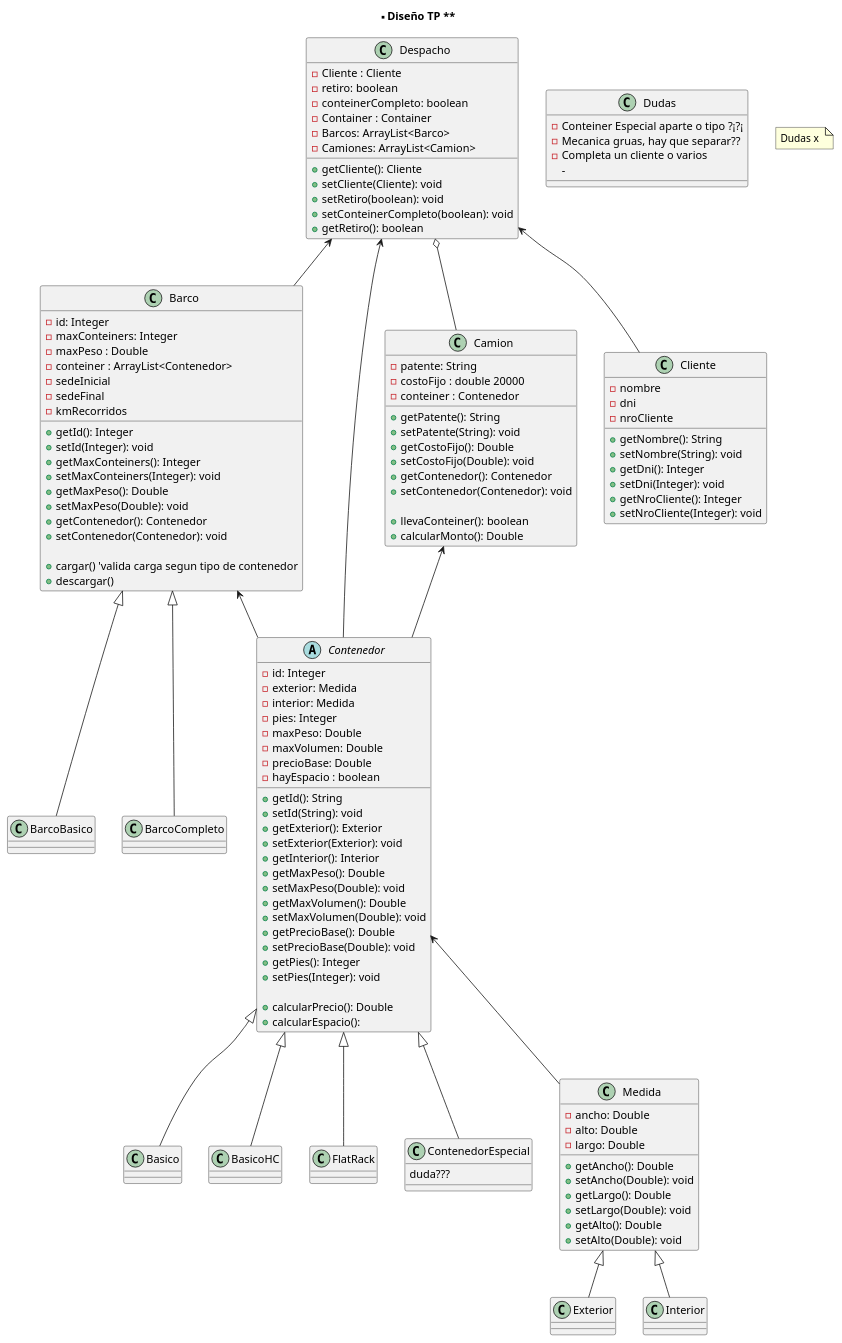
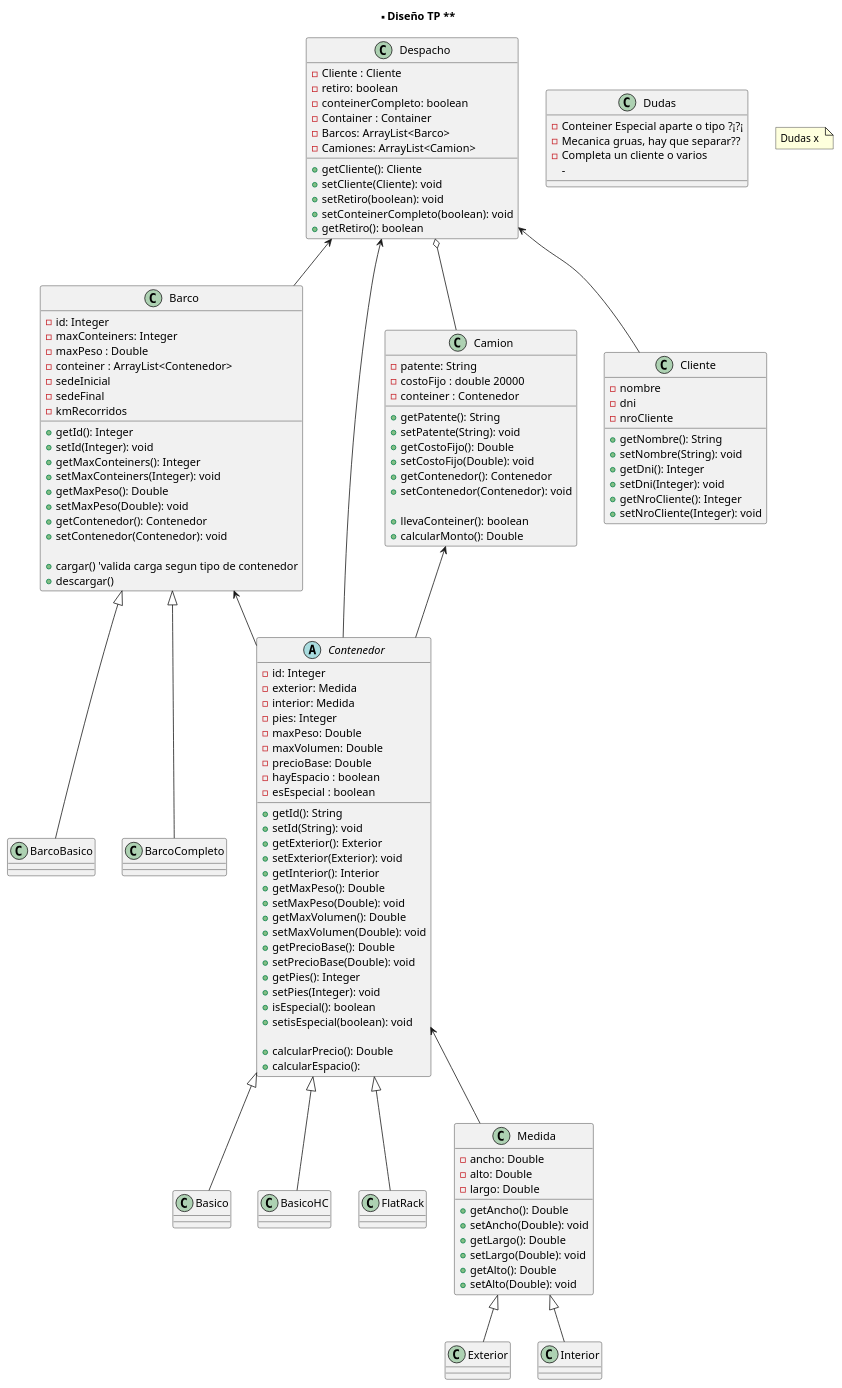
The diagram in Diagrama/TP-Containers.puml (LMontes94/TP-Containers), drawn with PlantUML before and after one commit.

Commit message:
Creacion Clases y Funciones

```diff
--- a/Diagrama/TP-Containers.puml
+++ b/Diagrama/TP-Containers.puml
@@ -1,167 +1,168 @@
 @startuml
 
 title ** Diseño TP **
 
 class Barco{
    - id: Integer
    - maxConteiners: Integer
    - maxPeso : Double 
    - conteiner : ArrayList<Contenedor>
    - sedeInicial
    - sedeFinal 
    - kmRecorridos 
 
    + getId(): Integer 
    + setId(Integer): void
    + getMaxConteiners(): Integer 
    + setMaxConteiners(Integer): void
    + getMaxPeso(): Double
    + setMaxPeso(Double): void
    + getContenedor(): Contenedor
    + setContenedor(Contenedor): void
    
    + cargar() 'valida carga segun tipo de contenedor
    + descargar()
 }
 
-Barco <|-- BarcoBasico
-Barco <|-- BarcoCompleto
-Barco <-- Contenedor
 
 class BarcoBasico{
 
 }
 
 class BarcoCompleto{
 
 }
+
+Barco <|-- BarcoBasico
+Barco <|-- BarcoCompleto
+Barco <-- Contenedor
 
 class Camion{
    - patente: String 
    - costoFijo : double 20000 
    - conteiner : Contenedor 
 
    + getPatente(): String
    + setPatente(String): void
    + getCostoFijo(): Double 
    + setCostoFijo(Double): void
    + getContenedor(): Contenedor
    + setContenedor(Contenedor): void
 
    + llevaConteiner(): boolean
    + calcularMonto(): Double
 }
 
 Camion <-- Contenedor
 
 abstract Class Contenedor{
    - id: Integer 
    - exterior: Medida 
    - interior: Medida  
    - pies: Integer 
    - maxPeso: Double 
    - maxVolumen: Double 
    - precioBase: Double
    - hayEspacio : boolean 
+   - esEspecial : boolean
 
    + getId(): String 
    + setId(String): void
    + getExterior(): Exterior
    + setExterior(Exterior): void
    + getInterior(): Interior
    + getMaxPeso(): Double
    + setMaxPeso(Double): void
    + getMaxVolumen(): Double
    + setMaxVolumen(Double): void 
    + getPrecioBase(): Double
    + setPrecioBase(Double): void
    + getPies(): Integer 
    + setPies(Integer): void 
+   + isEspecial(): boolean
+   + setisEspecial(boolean): void 
    
    + calcularPrecio(): Double 
    + calcularEspacio(): 
 }
 
 
 Contenedor <|-- Basico
 Contenedor <|-- BasicoHC
 Contenedor <|-- FlatRack
-Contenedor <|-- ContenedorEspecial
+
 Contenedor <-- Medida
 Medida <|-- Exterior 
 Medida <|-- Interior
 
 Class Basico{
 
 }
 
 Class BasicoHC{
 
 } 
 
 Class FlatRack{
 
 }
 
-class ContenedorEspecial{
-   duda???
-}
 
 Class Medida{
    - ancho: Double 
    - alto: Double 
    - largo: Double 
   
    + getAncho(): Double 
    + setAncho(Double): void
    + getLargo(): Double 
    + setLargo(Double): void 
    + getAlto(): Double 
    + setAlto(Double): void
 }
 
 class Cliente{
    - nombre
    - dni
    - nroCliente 
    
    + getNombre(): String 
    + setNombre(String): void
    + getDni(): Integer 
    + setDni(Integer): void
    + getNroCliente(): Integer 
    + setNroCliente(Integer): void
 
 }
 
 class Despacho{
    - Cliente : Cliente 
    - retiro: boolean 
    - conteinerCompleto: boolean  
    - Container : Container 
    - Barcos: ArrayList<Barco>
    - Camiones: ArrayList<Camion>
 
    + getCliente(): Cliente 
    + setCliente(Cliente): void
    + setRetiro(boolean): void
    + setConteinerCompleto(boolean): void
    + getRetiro(): boolean
 }
 
 Despacho <-- Cliente
 Despacho o-- Camion
 Despacho <-- Barco
 Despacho <-- Contenedor
 
 class Dudas{ 
    - Conteiner Especial aparte o tipo ?¡?¡
    - Mecanica gruas, hay que separar??
    - Completa un cliente o varios
    -
 }
 
 note as n1 
  Dudas x 
 end note
 @enduml
```
